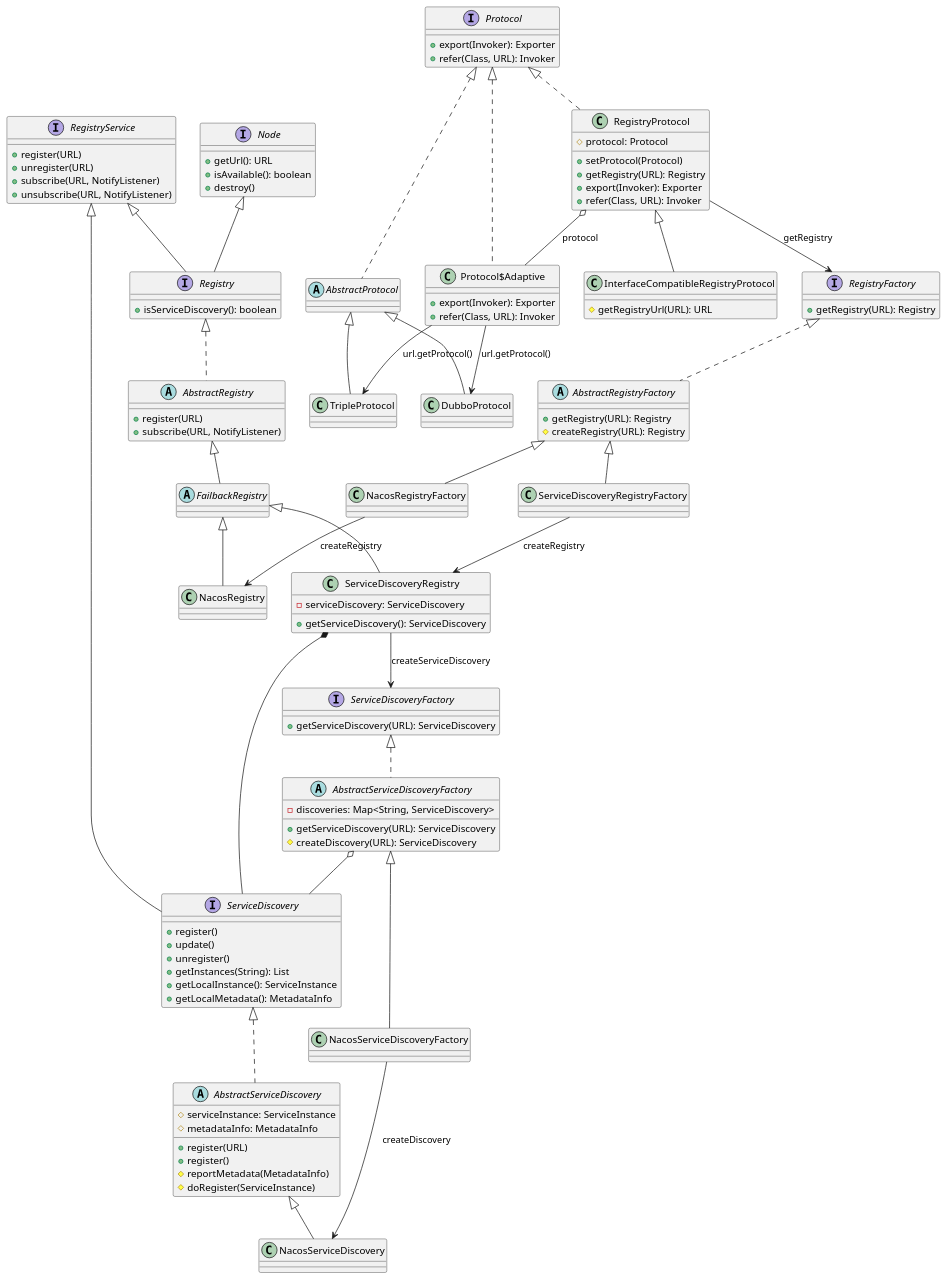
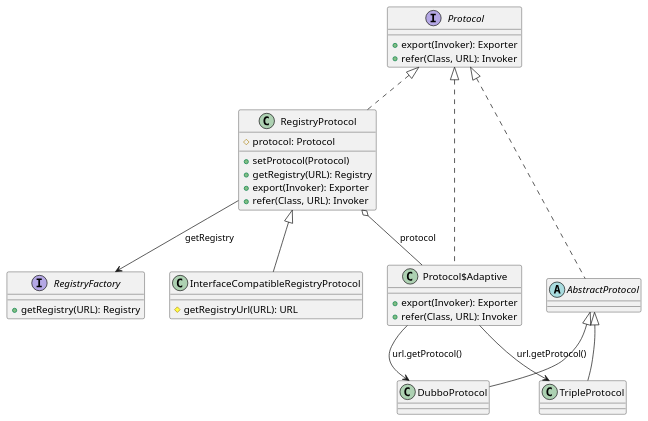
Before and after one commit to kevinwang930/kevinwang930.github.io: the sixth of 17 diagrams in content/post/network/dubbo/index.md, drawn with PlantUML. The commit also changed other lines of this file, not shown here.

````diff
--- a/content/post/network/dubbo/index.md
+++ b/content/post/network/dubbo/index.md
@@ -1689,78 +1688,13 @@
 class DubboProtocol extends AbstractProtocol
 class TripleProtocol extends AbstractProtocol
 
-interface Node {
-  + getUrl(): URL
-  + isAvailable(): boolean
-  + destroy()
-}
-interface RegistryService {
-  + register(URL)
-  + unregister(URL)
-  + subscribe(URL, NotifyListener)
-  + unsubscribe(URL, NotifyListener)
-}
-interface Registry extends Node, RegistryService {
-  + isServiceDiscovery(): boolean
-}
-abstract class AbstractRegistry implements Registry {
-  + register(URL)
-  + subscribe(URL, NotifyListener)
-}
-abstract class FailbackRegistry extends AbstractRegistry
-class ServiceDiscoveryRegistry extends FailbackRegistry {
-  - serviceDiscovery: ServiceDiscovery
-  + getServiceDiscovery(): ServiceDiscovery
-}
-class NacosRegistry extends FailbackRegistry
-
 interface RegistryFactory {
   + getRegistry(URL): Registry
 }
-abstract class AbstractRegistryFactory implements RegistryFactory {
-  + getRegistry(URL): Registry
-  # createRegistry(URL): Registry
-}
-class ServiceDiscoveryRegistryFactory extends AbstractRegistryFactory
-class NacosRegistryFactory extends AbstractRegistryFactory
-
-interface ServiceDiscovery extends RegistryService {
-  + register()
-  + update()
-  + unregister()
-  + getInstances(String): List
-  + getLocalInstance(): ServiceInstance
-  + getLocalMetadata(): MetadataInfo
-}
-abstract class AbstractServiceDiscovery implements ServiceDiscovery {
-  # serviceInstance: ServiceInstance
-  # metadataInfo: MetadataInfo
-  + register(URL)
-  + register()
-  # reportMetadata(MetadataInfo)
-  # doRegister(ServiceInstance)
-}
-class NacosServiceDiscovery extends AbstractServiceDiscovery
-
-interface ServiceDiscoveryFactory {
-  + getServiceDiscovery(URL): ServiceDiscovery
-}
-abstract class AbstractServiceDiscoveryFactory implements ServiceDiscoveryFactory {
-  - discoveries: Map<String, ServiceDiscovery>
-  + getServiceDiscovery(URL): ServiceDiscovery
-  # createDiscovery(URL): ServiceDiscovery
-}
-class NacosServiceDiscoveryFactory extends AbstractServiceDiscoveryFactory
 
 RegistryProtocol o-- ProtocolAdaptive : protocol
 ProtocolAdaptive --> DubboProtocol : url.getProtocol()
 ProtocolAdaptive --> TripleProtocol : url.getProtocol()
 RegistryProtocol --> RegistryFactory : getRegistry
-ServiceDiscoveryRegistryFactory --> ServiceDiscoveryRegistry : createRegistry
-NacosRegistryFactory --> NacosRegistry : createRegistry
-ServiceDiscoveryRegistry *-- ServiceDiscovery
-ServiceDiscoveryRegistry --> ServiceDiscoveryFactory : createServiceDiscovery
-AbstractServiceDiscoveryFactory o-- ServiceDiscovery
-NacosServiceDiscoveryFactory --> NacosServiceDiscovery : createDiscovery
 @enduml
 ```
````
